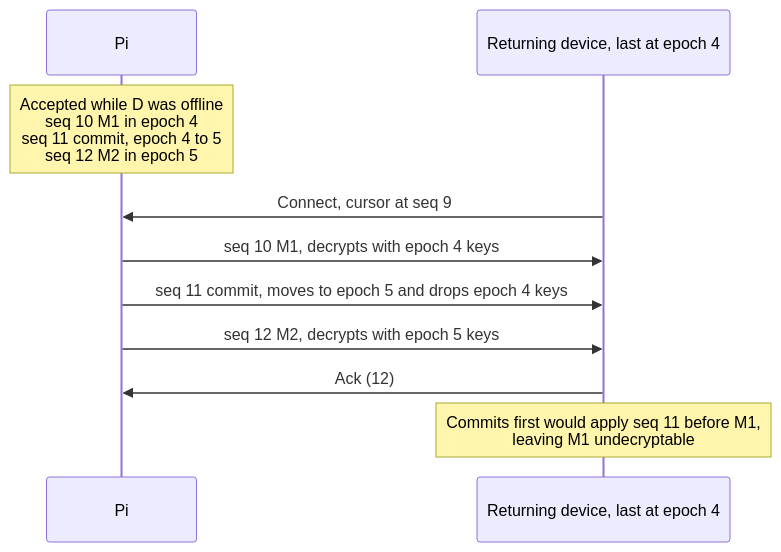
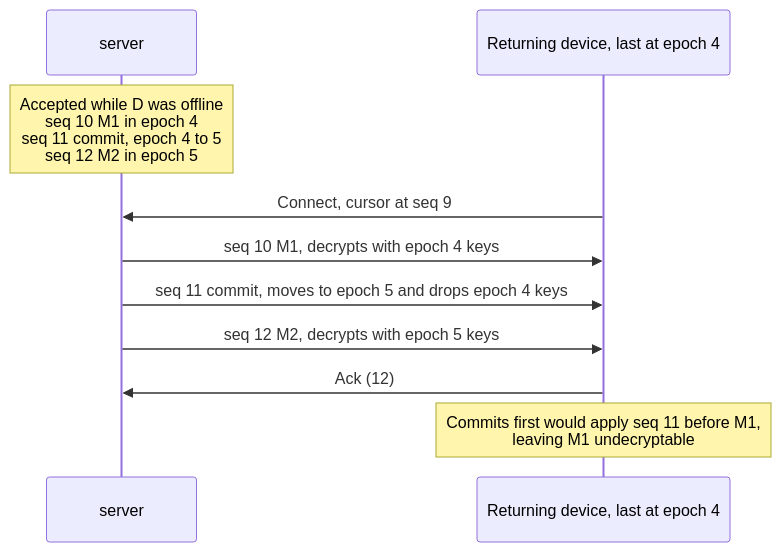
Before and after one commit to koppathachan/vyajena: the fifth of 5 diagrams in openspec/changes/archive/2026-11-08-core-wire-protocol/design.md, drawn with Mermaid. The commit also changed other lines of this file and 437 other files, not shown here.

````diff
--- a/openspec/changes/archive/2026-11-08-core-wire-protocol/design.md
+++ b/openspec/changes/archive/2026-11-08-core-wire-protocol/design.md
@@ -283,12 +283,12 @@
 ```mermaid
 sequenceDiagram
-  participant P as Pi
+  participant P as server
   participant D as Returning device, last at epoch 4
   Note over P: Accepted while D was offline<br/>seq 10 M1 in epoch 4<br/>seq 11 commit, epoch 4 to 5<br/>seq 12 M2 in epoch 5
   D->>P: Connect, cursor at seq 9
   P->>D: seq 10 M1, decrypts with epoch 4 keys
   P->>D: seq 11 commit, moves to epoch 5 and drops epoch 4 keys
   P->>D: seq 12 M2, decrypts with epoch 5 keys
   D->>P: Ack (12)
   Note over D: Commits first would apply seq 11 before M1,<br/>leaving M1 undecryptable
 ```
````
